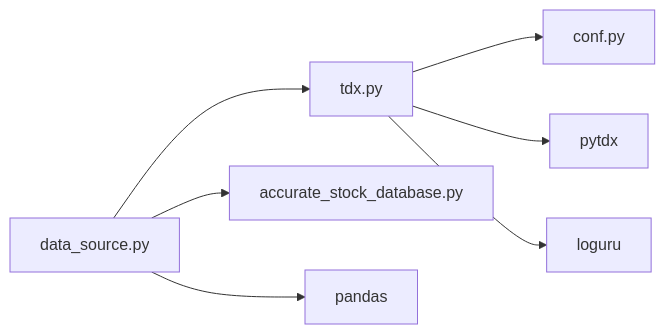
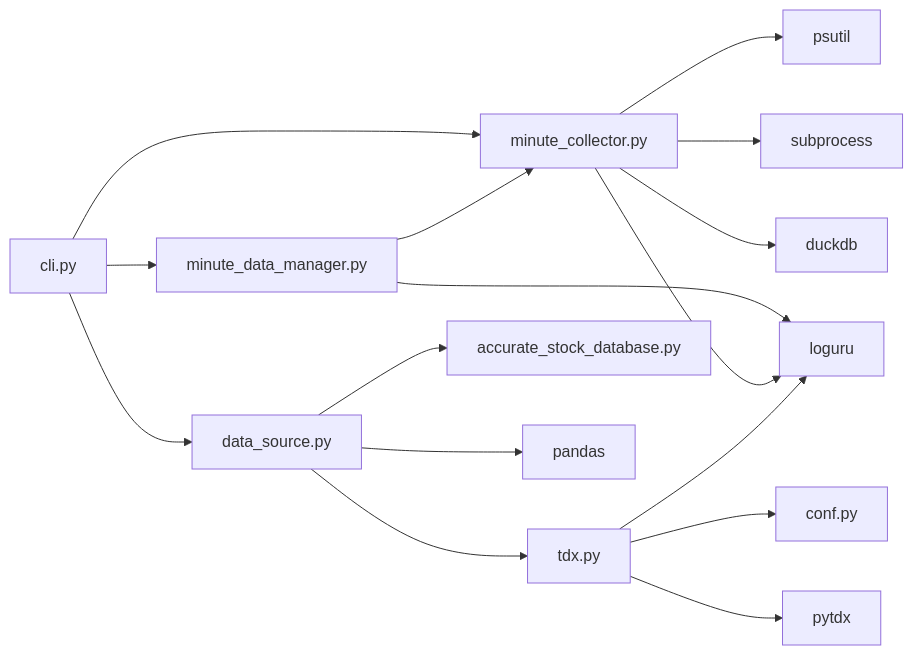
Diagram 14 of 14 in .qoder/repowiki/zh/content/数据处理系统/TDX数据集成.md (ldeng76/quant-ETF), drawn with Mermaid before and after one commit. The commit also changed other lines of this file and 18 other files, not shown here.

````diff
--- a/.qoder/repowiki/zh/content/数据处理系统/TDX数据集成.md
+++ b/.qoder/repowiki/zh/content/数据处理系统/TDX数据集成.md
@@ -443,9 +607,18 @@
 ```mermaid
 graph LR
 DS["data_source.py"] --> TDX["tdx.py"]
+MIN_COLLECT["minute_collector.py"] --> PSUTIL["psutil"]
+MIN_COLLECT --> SUBPROC["subprocess"]
+MIN_COLLECT --> DUCKDB["duckdb"]
+MIN_MGR["minute_data_manager.py"] --> MIN_COLLECT
+CLI["cli.py"] --> MIN_COLLECT
+CLI --> MIN_MGR
+CLI --> DS
 TDX --> CONF["conf.py"]
 DS --> ACC["accurate_stock_database.py"]
 TDX --> PYTDX["pytdx"]
 DS --> PANDAS["pandas"]
 TDX --> LOGURU["loguru"]
+MIN_COLLECT --> LOGURU
+MIN_MGR --> LOGURU
 ```
````
